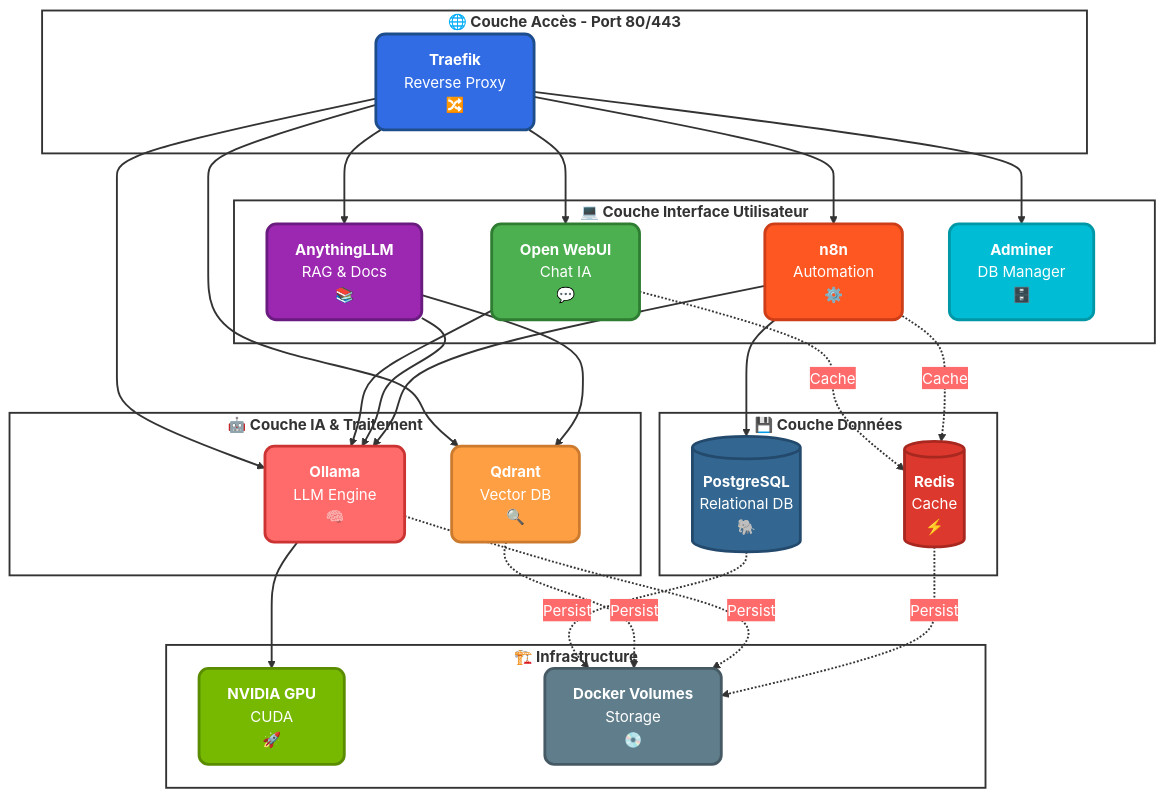
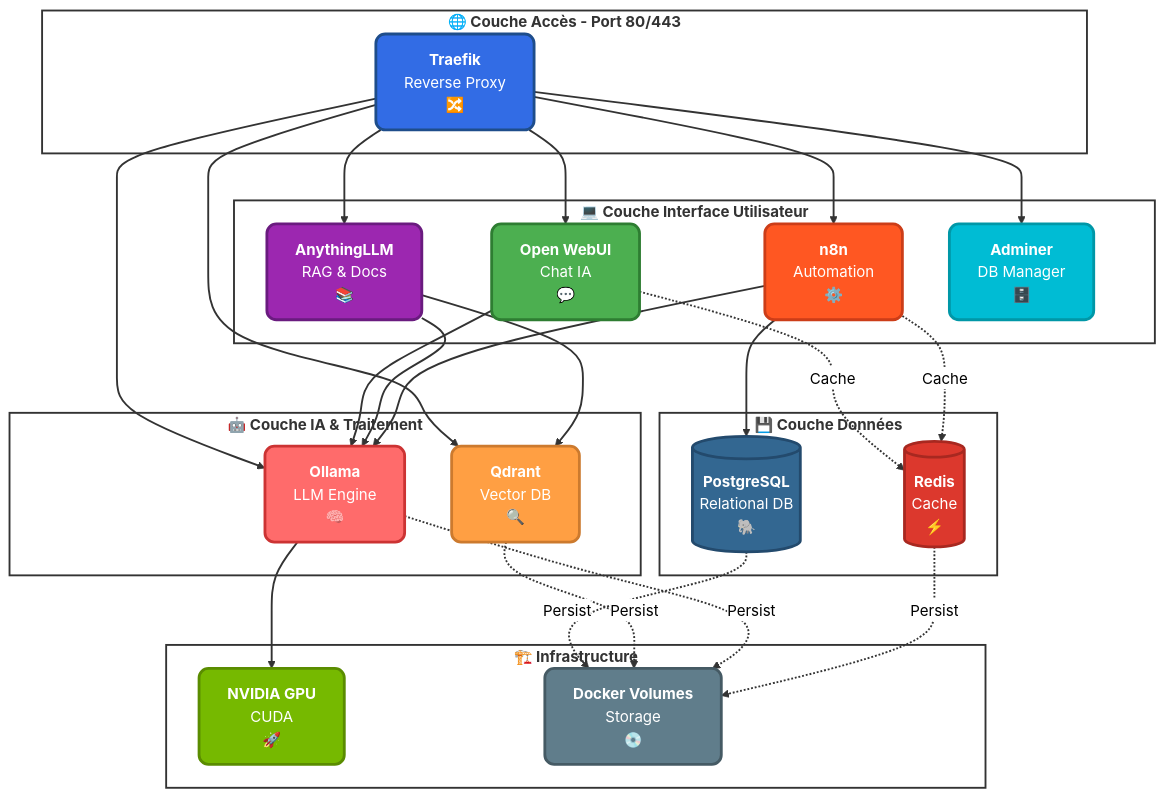
One commit to MPFabio/Stack-IA changed the first of 14 diagrams in docs/ARCHITECTURE.md. Above: the diagram before and after it, drawn with Mermaid. The commit also changed other lines of this file, not shown here.

````diff
--- a/docs/ARCHITECTURE.md
+++ b/docs/ARCHITECTURE.md
@@ -18,69 +20,69 @@
 ```mermaid
-%%{init: {'theme':'base', 'themeVariables': { 'primaryColor':'#326ce5','primaryTextColor':'#fff','primaryBorderColor':'#fff','lineColor':'#666','secondaryColor':'#ff6b6b','tertiaryColor':'#76b900'}}}%%
+%%{init: {'theme':'neutral'}}%%
 graph TB
     subgraph LAYER1["<b>🌐 Couche Accès - Port 80/443</b>"]
         TRAEFIK["<b>Traefik</b><br/>Reverse Proxy<br/>🔀"]
     end
     
     subgraph LAYER2["<b>💻 Couche Interface Utilisateur</b>"]
         WEBUI["<b>Open WebUI</b><br/>Chat IA<br/>💬"]
         ANYTHING["<b>AnythingLLM</b><br/>RAG & Docs<br/>📚"]
         N8N["<b>n8n</b><br/>Automation<br/>⚙️"]
         ADMINER["<b>Adminer</b><br/>DB Manager<br/>🗄️"]
     end
     
     subgraph LAYER3["<b>🤖 Couche IA & Traitement</b>"]
         OLLAMA["<b>Ollama</b><br/>LLM Engine<br/>🧠"]
         QDRANT["<b>Qdrant</b><br/>Vector DB<br/>🔍"]
     end
     
     subgraph LAYER4["<b>💾 Couche Données</b>"]
         POSTGRES[("<b>PostgreSQL</b><br/>Relational DB<br/>🐘")]
         REDIS[("<b>Redis</b><br/>Cache<br/>⚡")]
     end
     
     subgraph INFRA["<b>🏗️ Infrastructure</b>"]
         GPU["<b>NVIDIA GPU</b><br/>CUDA<br/>🚀"]
         VOLUMES["<b>Docker Volumes</b><br/>Storage<br/>💿"]
     end
     
     TRAEFIK ==> WEBUI
     TRAEFIK ==> ANYTHING
     TRAEFIK ==> N8N
     TRAEFIK ==> ADMINER
     TRAEFIK ==> OLLAMA
     TRAEFIK ==> QDRANT
     
     WEBUI --> OLLAMA
     ANYTHING --> OLLAMA
     ANYTHING --> QDRANT
     N8N --> OLLAMA
     N8N --> POSTGRES
     
     OLLAMA ==> GPU
     
     WEBUI -.Cache.-> REDIS
     N8N -.Cache.-> REDIS
     
     POSTGRES -.Persist.-> VOLUMES
     QDRANT -.Persist.-> VOLUMES
     OLLAMA -.Persist.-> VOLUMES
     REDIS -.Persist.-> VOLUMES
     
     style TRAEFIK fill:#326ce5,stroke:#1e4d8b,stroke-width:3px,color:#fff,rx:10,ry:10
     style OLLAMA fill:#ff6b6b,stroke:#cc3333,stroke-width:3px,color:#fff,rx:10,ry:10
     style QDRANT fill:#ff9f43,stroke:#cc7a2e,stroke-width:3px,color:#fff,rx:10,ry:10
     style POSTGRES fill:#336791,stroke:#234a6d,stroke-width:3px,color:#fff,rx:10,ry:10
     style REDIS fill:#dc382d,stroke:#a82820,stroke-width:3px,color:#fff,rx:10,ry:10
     style GPU fill:#76b900,stroke:#5a8c00,stroke-width:3px,color:#fff,rx:10,ry:10
     style WEBUI fill:#4CAF50,stroke:#2e7d32,stroke-width:3px,color:#fff,rx:10,ry:10
     style ANYTHING fill:#9C27B0,stroke:#6a1b7f,stroke-width:3px,color:#fff,rx:10,ry:10
     style N8N fill:#FF5722,stroke:#cc3d18,stroke-width:3px,color:#fff,rx:10,ry:10
     style ADMINER fill:#00BCD4,stroke:#0097a7,stroke-width:3px,color:#fff,rx:10,ry:10
     style VOLUMES fill:#607D8B,stroke:#455a64,stroke-width:3px,color:#fff,rx:10,ry:10
     
     classDef layerStyle fill:#ffffff,stroke:#333,stroke-width:2px,color:#333
     class LAYER1,LAYER2,LAYER3,LAYER4,INFRA layerStyle
     
     linkStyle default stroke:#333,stroke-width:2px
 ```
````
